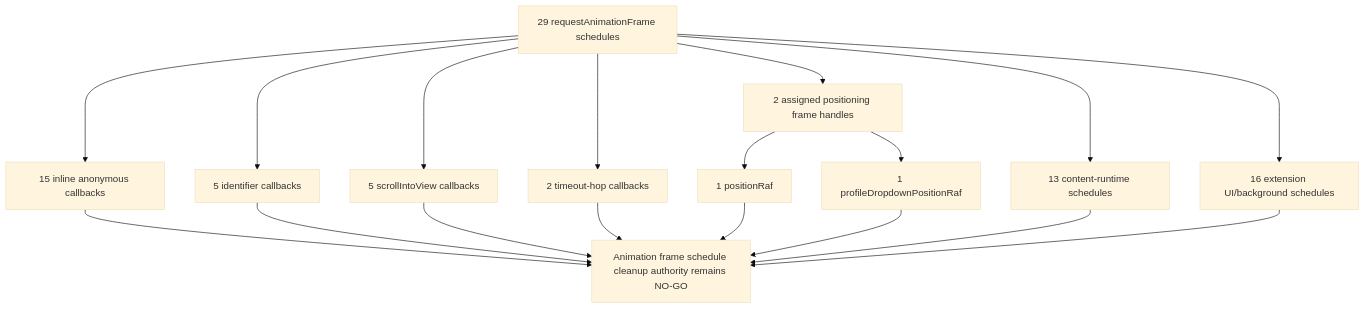
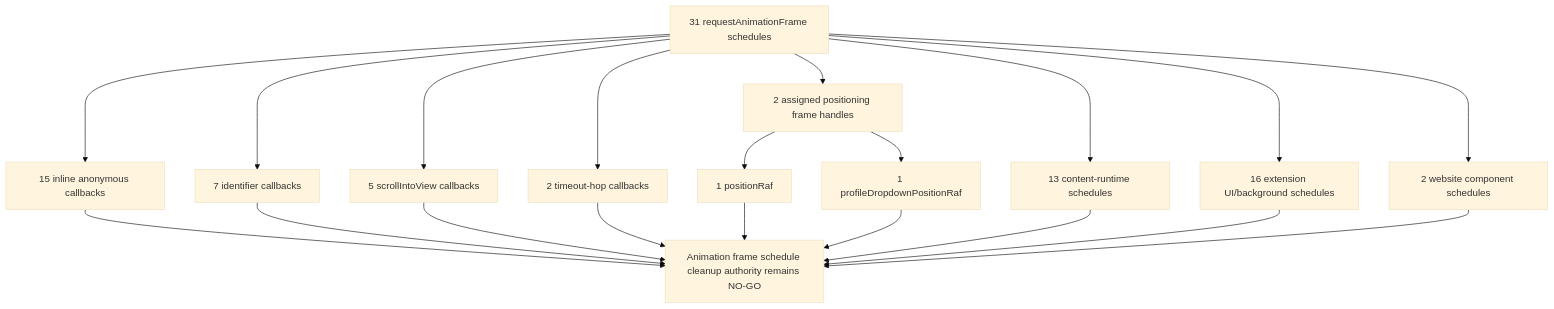
One commit to varshneydevansh/FilterTube changed diagram 38 of 47 in docs/audit/FILTERTUBE_LIFECYCLE_INSTANCE_REGISTER_2026-05-18.md. Above: the diagram before and after it, drawn with Mermaid (base theme). The commit also changed other lines of this file and 8 other files, not shown here.

````diff
--- a/docs/audit/FILTERTUBE_LIFECYCLE_INSTANCE_REGISTER_2026-05-18.md
+++ b/docs/audit/FILTERTUBE_LIFECYCLE_INSTANCE_REGISTER_2026-05-18.md
@@ -3526,20 +3569,22 @@
 ```mermaid
 flowchart TD
-  A["29 requestAnimationFrame schedules"] --> B["2 assigned positioning frame handles"]
+  A["31 requestAnimationFrame schedules"] --> B["2 assigned positioning frame handles"]
   A --> C["15 inline anonymous callbacks"]
-  A --> D["5 identifier callbacks"]
+  A --> D["7 identifier callbacks"]
   A --> E["5 scrollIntoView callbacks"]
   A --> F["2 timeout-hop callbacks"]
   B --> G["1 positionRaf"]
   B --> H["1 profileDropdownPositionRaf"]
   A --> I["13 content-runtime schedules"]
   A --> J["16 extension UI/background schedules"]
+  A --> Z["2 website component schedules"]
   C --> K["Animation frame schedule cleanup authority remains NO-GO"]
   D --> K
   E --> K
   F --> K
   G --> K
   H --> K
   I --> K
   J --> K
+  Z --> K
 ```
````
